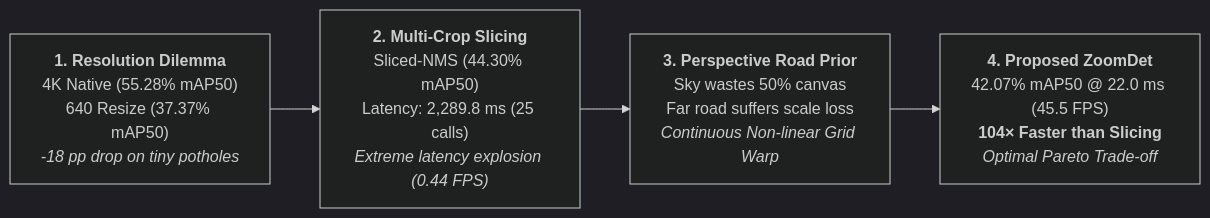
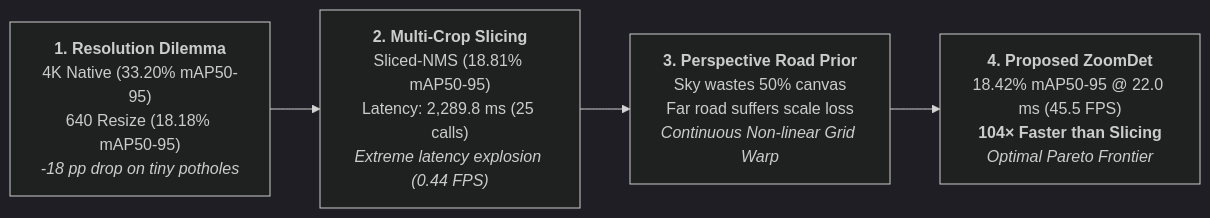
One commit to nxc1802/HRP4K changed the diagram in docs/experiments_master.md. Above: the diagram before and after it, drawn with Mermaid (dark theme). The commit also changed other lines of this file and 8 other files, not shown here.

Commit message:
docs: implement refined figure designs with log-latency pareto, 2-tier resource footprint, and clean convergence plots

````diff
--- a/docs/experiments_master.md
+++ b/docs/experiments_master.md
@@ -22,6 +23,6 @@
 ```mermaid
 flowchart LR
-    A["<b>1. Resolution Dilemma</b><br>4K Native (55.28% mAP50)<br>640 Resize (37.37% mAP50)<br><i>-18 pp drop on tiny potholes</i>"] --> B["<b>2. Multi-Crop Slicing</b><br>Sliced-NMS (44.30% mAP50)<br>Latency: 2,289.8 ms (25 calls)<br><i>Extreme latency explosion (0.44 FPS)</i>"]
+    A["<b>1. Resolution Dilemma</b><br>4K Native (33.20% mAP50-95)<br>640 Resize (18.18% mAP50-95)<br><i>-18 pp drop on tiny potholes</i>"] --> B["<b>2. Multi-Crop Slicing</b><br>Sliced-NMS (18.81% mAP50-95)<br>Latency: 2,289.8 ms (25 calls)<br><i>Extreme latency explosion (0.44 FPS)</i>"]
     B --> C["<b>3. Perspective Road Prior</b><br>Sky wastes 50% canvas<br>Far road suffers scale loss<br><i>Continuous Non-linear Grid Warp</i>"]
-    C --> D["<b>4. Proposed ZoomDet</b><br>42.07% mAP50 @ 22.0 ms (45.5 FPS)<br><b>104× Faster than Slicing</b><br><i>Optimal Pareto Trade-off</i>"]
+    C --> D["<b>4. Proposed ZoomDet</b><br>18.42% mAP50-95 @ 22.0 ms (45.5 FPS)<br><b>104× Faster than Slicing</b><br><i>Optimal Pareto Frontier</i>"]
 ```
````
